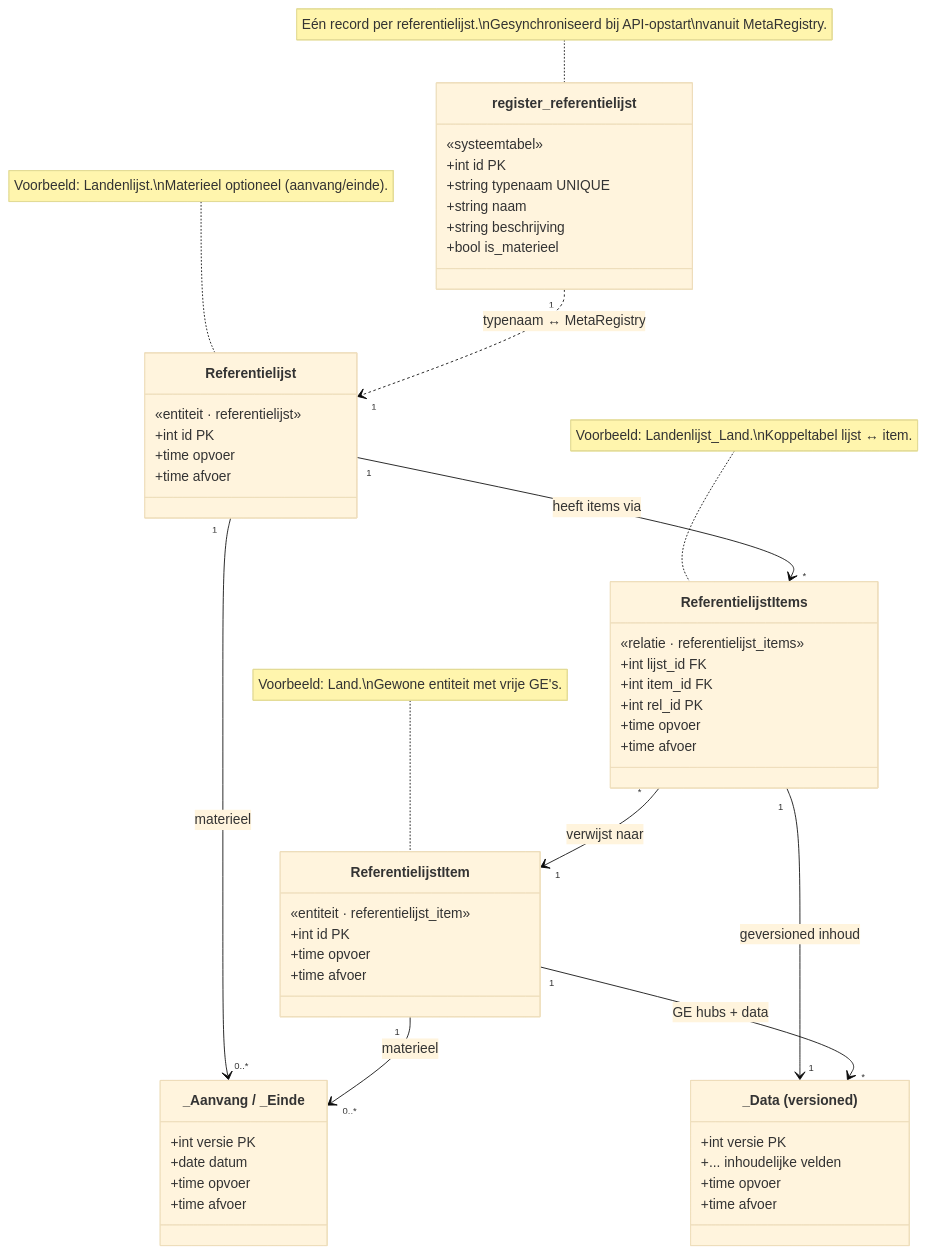
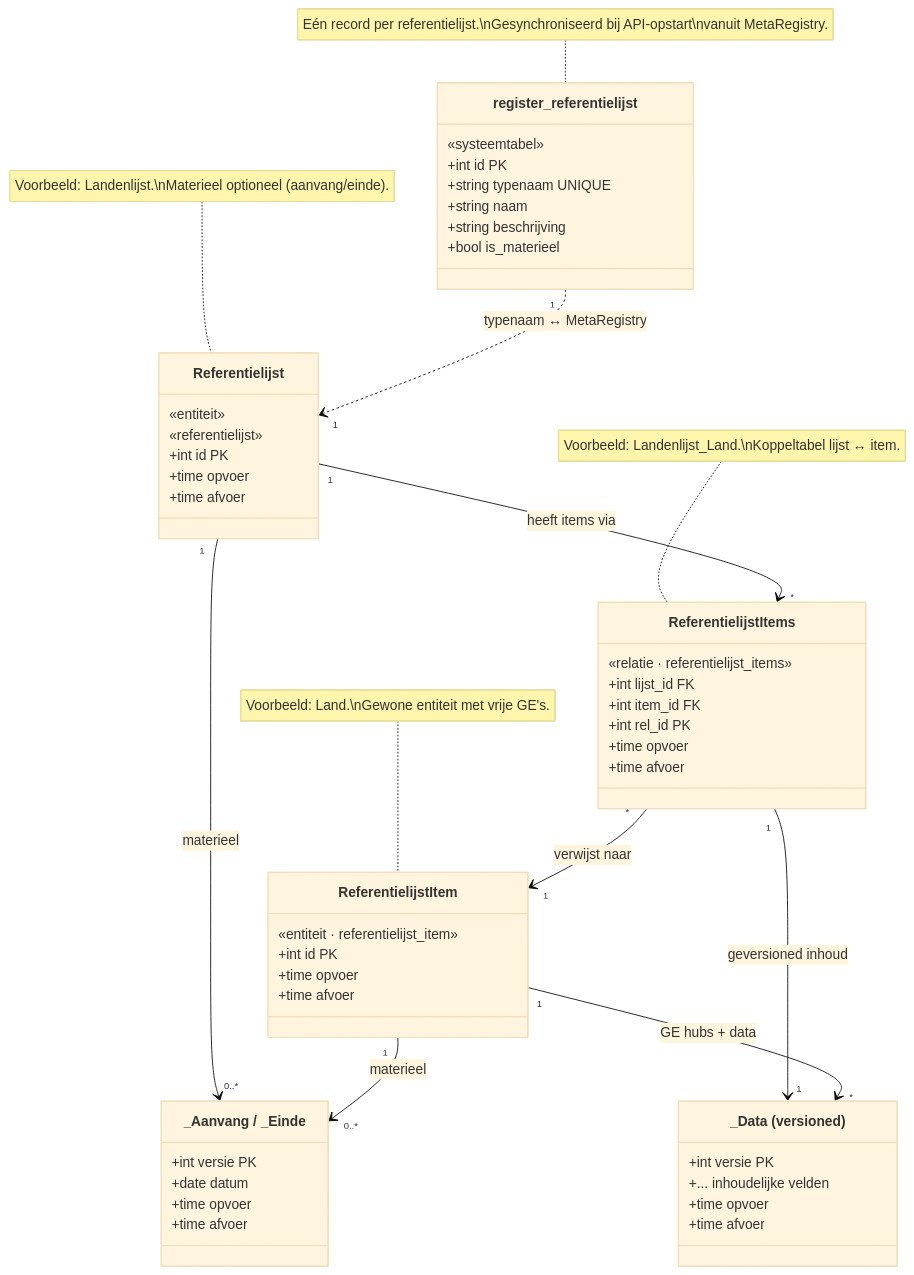
One commit to MarkWestbroek/Bitemporal_2026 changed the first of 3 diagrams in bitemp_register_v06/Referentielijsten.md. Above: the diagram before and after it, drawn with Mermaid (base theme). The commit also changed other lines of this file, not shown here.

````diff
--- a/bitemp_register_v06/Referentielijsten.md
+++ b/bitemp_register_v06/Referentielijsten.md
@@ -24,62 +24,63 @@
 ```mermaid
 classDiagram
   direction TB
 
   class register_referentielijst {
     «systeemtabel»
     +int id PK
     +string typenaam UNIQUE
     +string naam
     +string beschrijving
     +bool is_materieel
   }
   note for register_referentielijst "Eén record per referentielijst.\nGesynchroniseerd bij API-opstart\nvanuit MetaRegistry."
 
   class Referentielijst {
-    «entiteit · referentielijst»
+    «entiteit»
+    «referentielijst»
     +int id PK
     +time opvoer
     +time afvoer
   }
   note for Referentielijst "Voorbeeld: Landenlijst.\nMaterieel optioneel (aanvang/einde)."
 
   class ReferentielijstItem {
     «entiteit · referentielijst_item»
     +int id PK
     +time opvoer
     +time afvoer
   }
   note for ReferentielijstItem "Voorbeeld: Land.\nGewone entiteit met vrije GE's."
 
   class ReferentielijstItems {
     «relatie · referentielijst_items»
     +int lijst_id FK
     +int item_id FK
     +int rel_id PK
     +time opvoer
     +time afvoer
   }
   note for ReferentielijstItems "Voorbeeld: Landenlijst_Land.\nKoppeltabel lijst ↔ item."
 
   class Hub_Data["_Data (versioned)"] {
     +int versie PK
     +... inhoudelijke velden
     +time opvoer
     +time afvoer
   }
 
   class Aanvang_Einde["_Aanvang / _Einde"] {
     +int versie PK
     +date datum
     +time opvoer
     +time afvoer
   }
 
   register_referentielijst "1" ..> "1" Referentielijst : typenaam ↔ MetaRegistry
   Referentielijst "1" --> "*" ReferentielijstItems : heeft items via
   ReferentielijstItems "*" --> "1" ReferentielijstItem : verwijst naar
   Referentielijst "1" --> "0..*" Aanvang_Einde : materieel
   ReferentielijstItem "1" --> "0..*" Aanvang_Einde : materieel
   ReferentielijstItems "1" --> "1" Hub_Data : geversioned inhoud
   ReferentielijstItem "1" --> "*" Hub_Data : GE hubs + data
 ```
````
